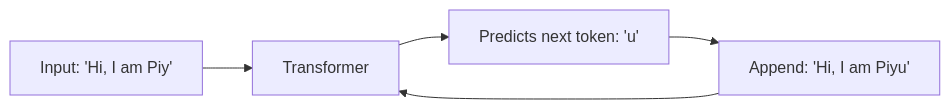
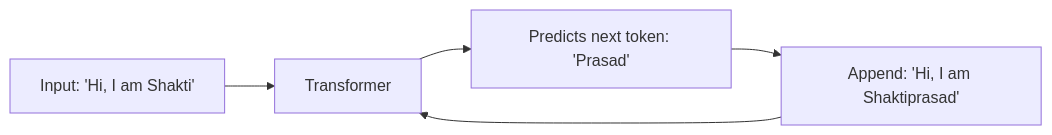
One commit to shaktikadam1630/AI-For-Backend-Developers changed the second of 11 diagrams in Transformer.md. Above: the diagram before and after it, drawn with Mermaid.

````diff
--- a/Transformer.md
+++ b/Transformer.md
@@ -28,6 +28,6 @@
 ```mermaid
 flowchart LR
-    A["Input: 'Hi, I am Piy'"] --> B[Transformer]
-    B --> C["Predicts next token: 'u'"]
-    C --> D["Append: 'Hi, I am Piyu'"] --> B
+    A["Input: 'Hi, I am Shakti'"] --> B[Transformer]
+    B --> C["Predicts next token: 'Prasad'"]
+    C --> D["Append: 'Hi, I am Shaktiprasad'"] --> B
 ```
````
